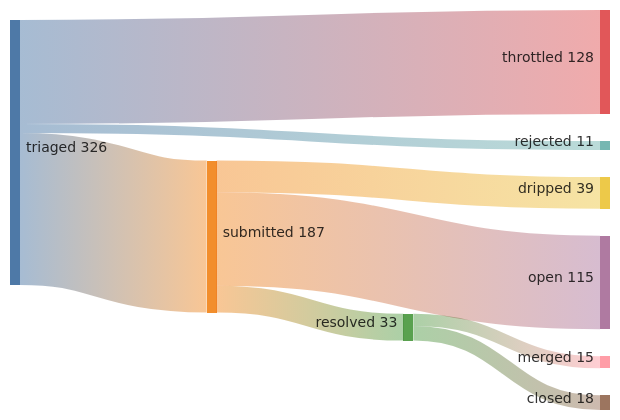
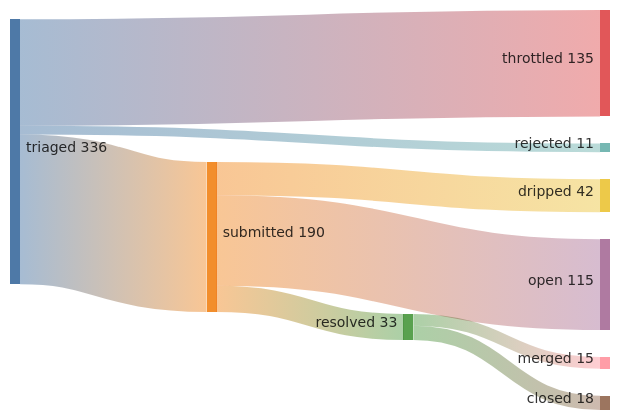
The diagram in README.md (kimjune01/kimjune01), drawn with Mermaid before and after one commit. The commit also changed other lines of this file and 1 other file, not shown here.

Commit message:
stats: 15/33 = 45% (04:06 UTC)

````diff
--- a/README.md
+++ b/README.md
@@ -3,11 +3,11 @@
 ```mermaid
 sankey-beta
-    triaged,    submitted, 187
-    triaged,    throttled, 128
+    triaged,    submitted, 190
+    triaged,    throttled, 135
     triaged,    rejected,  11
     submitted,  resolved,  33
-    submitted,  dripped,   39
+    submitted,  dripped,   42
     submitted,  open,      115
     resolved,   merged,    15
     resolved,   closed,    18
 ```
````
